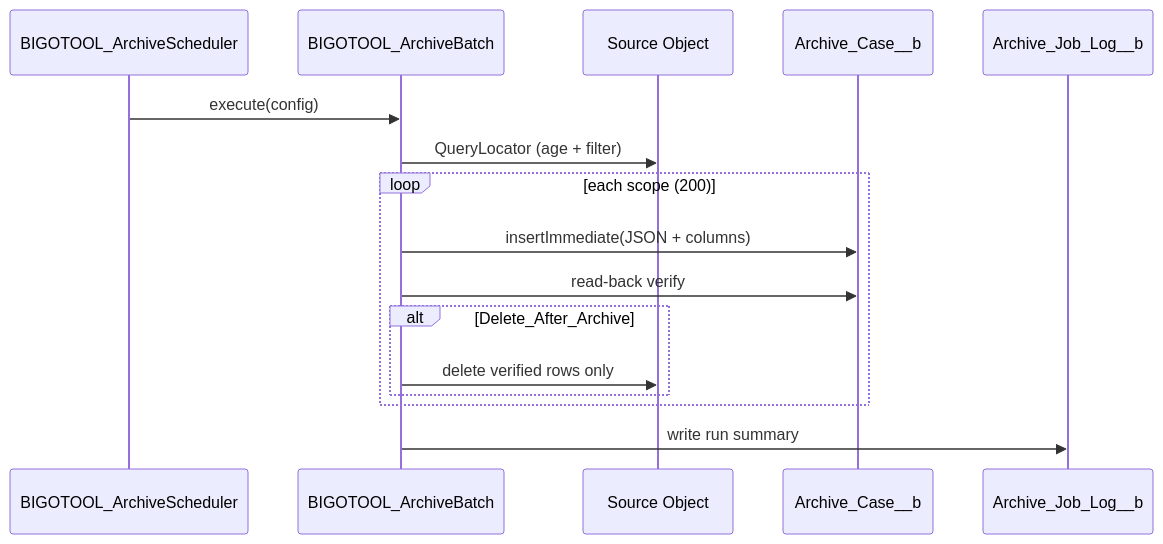
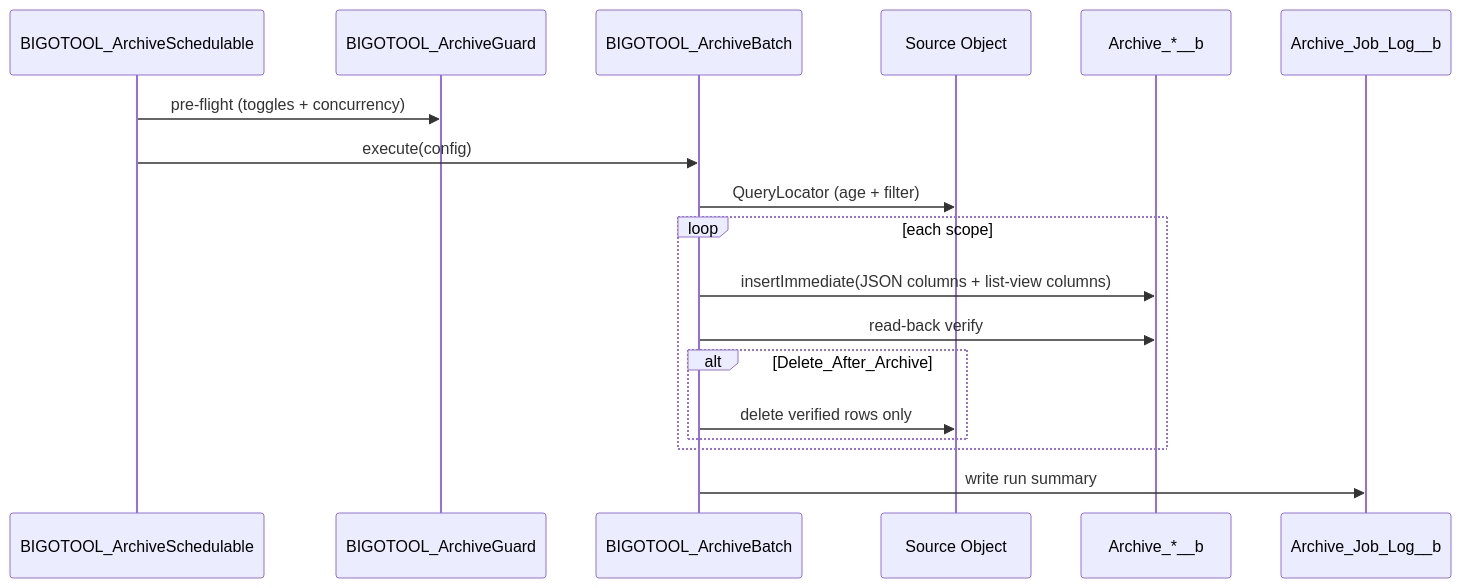
One commit to sonicfurqan/Salesforce-Big-Object-Toolkit changed the fifth of 7 diagrams in docs/ARCHITECTURE.md. Above: the diagram before and after it, drawn with Mermaid. The commit also changed other lines of this file and 11 other files, not shown here.

````diff
--- a/docs/ARCHITECTURE.md
+++ b/docs/ARCHITECTURE.md
@@ -618,19 +456,21 @@
 ```mermaid
 sequenceDiagram
-    participant Sch as BIGOTOOL_ArchiveScheduler
+    participant Sch as BIGOTOOL_ArchiveSchedulable
+    participant Guard as BIGOTOOL_ArchiveGuard
     participant Batch as BIGOTOOL_ArchiveBatch
     participant Src as Source Object
-    participant BO as Archive_Case__b
+    participant BO as Archive_*__b
     participant Log as Archive_Job_Log__b
 
+    Sch->>Guard: pre-flight (toggles + concurrency)
     Sch->>Batch: execute(config)
     Batch->>Src: QueryLocator (age + filter)
-    loop each scope (200)
-        Batch->>BO: insertImmediate(JSON + columns)
+    loop each scope
+        Batch->>BO: insertImmediate(JSON columns + list-view columns)
         Batch->>BO: read-back verify
         alt Delete_After_Archive
             Batch->>Src: delete verified rows only
         end
     end
     Batch->>Log: write run summary
 ```
````
